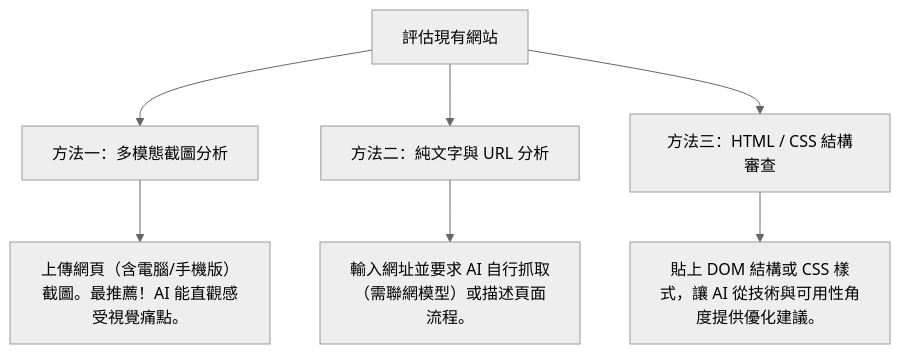
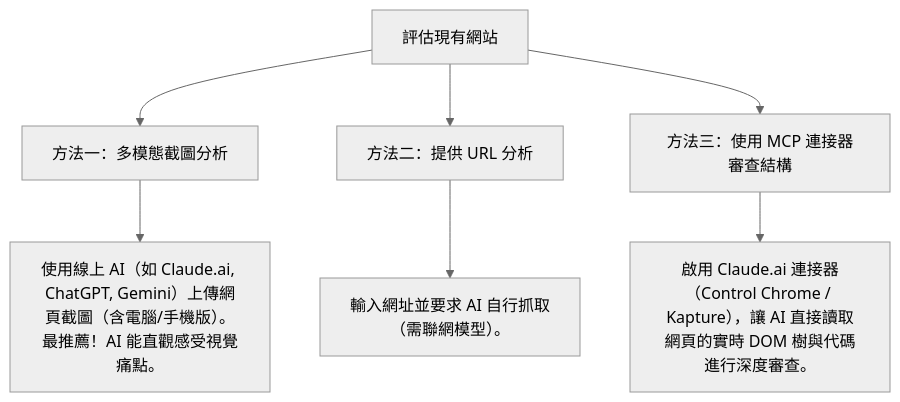
Before and after one commit to roberthsu2003/Design_UI_UX: the diagram in 如何評估現有的網站/01_AI評估技巧與工具.md, drawn with Mermaid (neutral theme). The commit also changed other lines of this file, not shown here.

````diff
--- a/如何評估現有的網站/01_AI評估技巧與工具.md
+++ b/如何評估現有的網站/01_AI評估技巧與工具.md
@@ -11,10 +11,10 @@
 ```mermaid
 graph TD
     A[評估現有網站] --> B[方法一：多模態截圖分析]
-    A --> C[方法二：純文字與 URL 分析]
-    A --> D[方法三：HTML / CSS 結構審查]
+    A --> C[方法二：提供 URL 分析]
+    A --> D[方法三：使用 MCP 連接器審查結構]
     
-    B --> B1["上傳網頁（含電腦/手機版）截圖。最推薦！AI 能直觀感受視覺痛點。"]
-    C --> C1["輸入網址並要求 AI 自行抓取（需聯網模型）或描述頁面流程。"]
-    D --> D1["貼上 DOM 結構或 CSS 樣式，讓 AI 從技術與可用性角度提供優化建議。"]
+    B --> B1["使用線上 AI（如 Claude.ai, ChatGPT, Gemini）上傳網頁截圖（含電腦/手機版）。最推薦！AI 能直觀感受視覺痛點。"]
+    C --> C1["輸入網址並要求 AI 自行抓取（需聯網模型）。"]
+    D --> D1["啟用 Claude.ai 連接器（Control Chrome / Kapture），讓 AI 直接讀取網頁的實時 DOM 樹與代碼進行深度審查。"]
 ```
````
